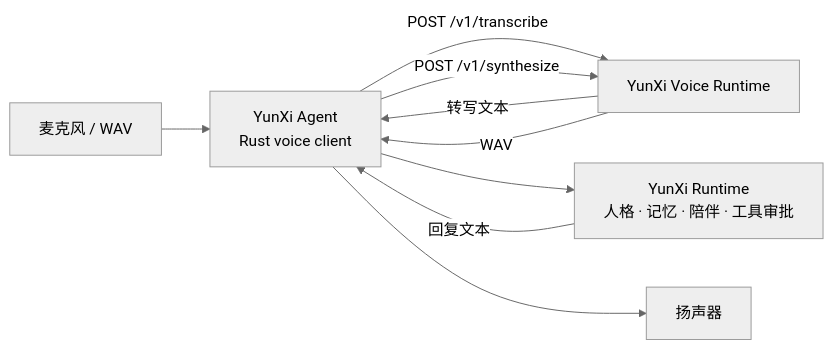
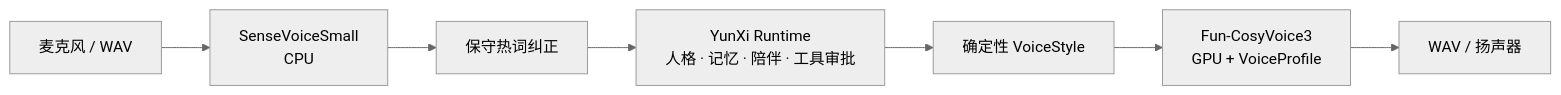
The diagram in scripts/voice/README.md (sjxbbdb/YunXi-Agent), drawn with Mermaid (neutral theme) before and after one commit. The commit also changed other lines of this file and 16 other files, not shown here.

````diff
--- a/scripts/voice/README.md
+++ b/scripts/voice/README.md
@@ -19,11 +21,9 @@
 ```mermaid
 flowchart LR
-    MIC["麦克风 / WAV"] --> CLIENT["YunXi Agent<br/>Rust voice client"]
-    CLIENT -->|"POST /v1/transcribe"| VOICE["YunXi Voice Runtime"]
-    VOICE -->|"转写文本"| CLIENT
-    CLIENT --> AGENT["YunXi Runtime<br/>人格 · 记忆 · 陪伴 · 工具审批"]
-    AGENT -->|"回复文本"| CLIENT
-    CLIENT -->|"POST /v1/synthesize"| VOICE
-    VOICE -->|"WAV"| CLIENT
-    CLIENT --> SPEAKER["扬声器"]
+    MIC["麦克风 / WAV"] --> SENSE["SenseVoiceSmall<br/>CPU"]
+    SENSE --> HOTWORDS["保守热词纠正"]
+    HOTWORDS --> AGENT["YunXi Runtime<br/>人格 · 记忆 · 陪伴 · 工具审批"]
+    AGENT --> STYLE["确定性 VoiceStyle"]
+    STYLE --> COSY["Fun-CosyVoice3<br/>GPU + VoiceProfile"]
+    COSY --> SPEAKER["WAV / 扬声器"]
 ```
````
